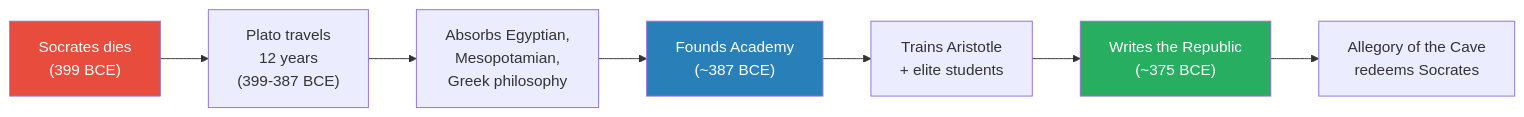
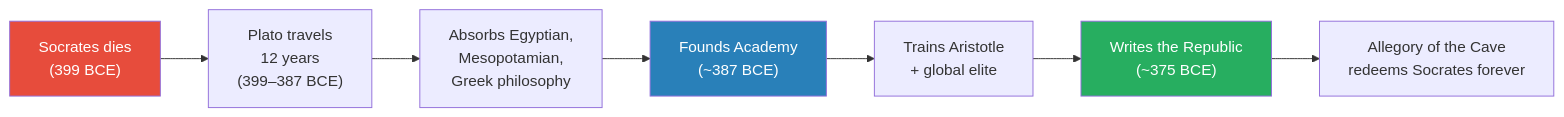
The fourth of 9 diagrams in summaries/Lectures/Civilization/10 - The Trial of Socrates and Plato's Allegory of the Cave.md (alius33/reader), drawn with Mermaid before and after one commit. The commit also changed other lines of this file and 26 other files, not shown here.

````diff
--- a/summaries/Lectures/Civilization/10 - The Trial of Socrates and Plato's Allegory of the Cave.md
+++ b/summaries/Lectures/Civilization/10 - The Trial of Socrates and Plato's Allegory of the Cave.md
@@ -253,12 +236,12 @@
 ```mermaid
 flowchart LR
-    SD["Socrates dies<br/>(399 BCE)"] --> PT["Plato travels<br/>12 years<br/>(399-387 BCE)"]
+    SD["Socrates dies<br/>(399 BCE)"] --> PT["Plato travels<br/>12 years<br/>(399–387 BCE)"]
     PT --> INF["Absorbs Egyptian,<br/>Mesopotamian,<br/>Greek philosophy"]
     INF --> AC["Founds Academy<br/>(~387 BCE)"]
-    AC --> AR["Trains Aristotle<br/>+ elite students"]
+    AC --> AR["Trains Aristotle<br/>+ global elite"]
     AR --> REP["Writes the Republic<br/>(~375 BCE)"]
-    REP --> ALG["Allegory of the Cave<br/>redeems Socrates"]
+    REP --> ALG["Allegory of the Cave<br/>redeems Socrates forever"]
     style SD fill:#e74c3c,color:#fff
     style AC fill:#2980b9,color:#fff
     style REP fill:#27ae60,color:#fff
 ```
````
